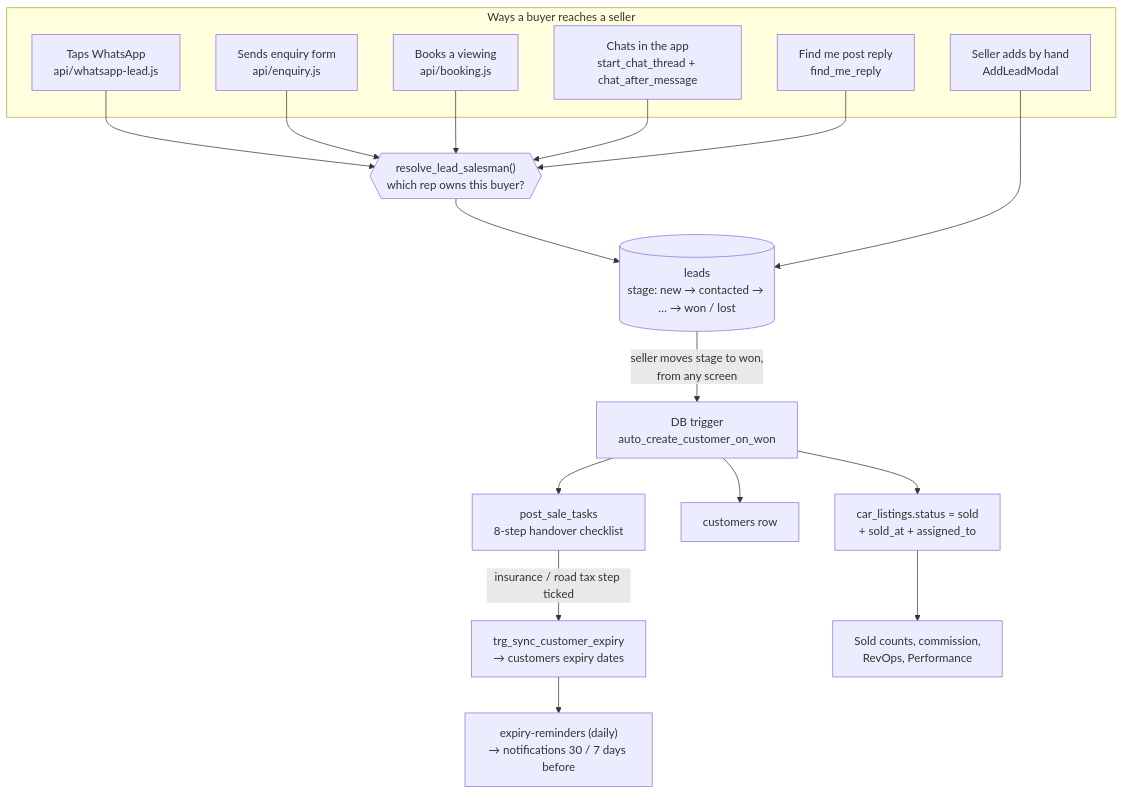
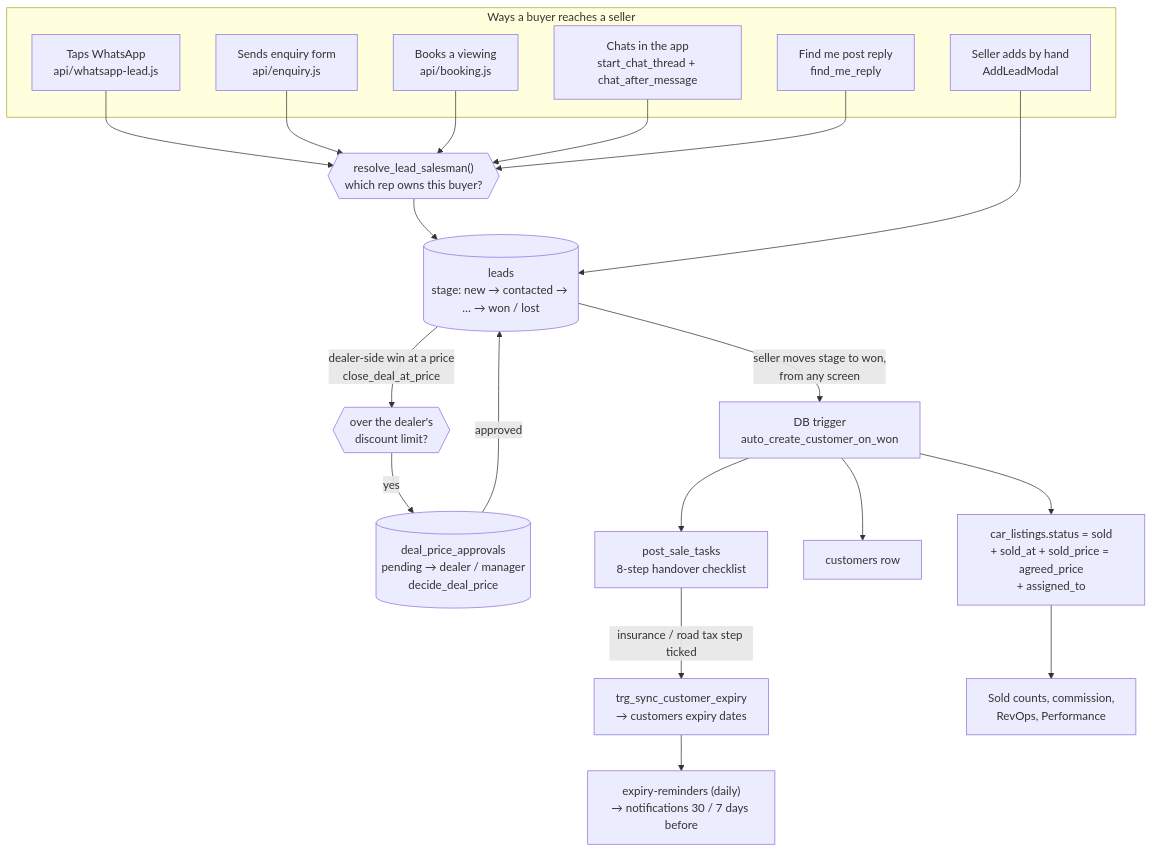
The second of 6 diagrams in docs/ARCHITECTURE.md (auzyvyth/ShiftOS), drawn with Mermaid before and after one commit. The commit also changed other lines of this file and 6 other files, not shown here.

First line of the commit message:
Deal agreed price + approval for discounts over the dealer's limit (batch 6a, migration queued)

````diff
--- a/docs/ARCHITECTURE.md
+++ b/docs/ARCHITECTURE.md
@@ -100,26 +100,29 @@
 ```mermaid
 flowchart TD
   subgraph In["Ways a buyer reaches a seller"]
     W["Taps WhatsApp<br/>api/whatsapp-lead.js"]
     E["Sends enquiry form<br/>api/enquiry.js"]
     BK["Books a viewing<br/>api/booking.js"]
     CH["Chats in the app<br/>start_chat_thread + chat_after_message"]
     FM["Find me post reply<br/>find_me_reply"]
     MAN["Seller adds by hand<br/>AddLeadModal"]
   end
 
   R{{"resolve_lead_salesman()<br/>which rep owns this buyer?"}}
   L[("leads<br/>stage: new → contacted → … → won / lost")]
 
   W & E & BK & CH & FM --> R --> L
   MAN --> L
 
+  L -->|dealer-side win at a price<br/>close_deal_at_price| G{{"over the dealer's<br/>discount limit?"}}
+  G -->|yes| PA[("deal_price_approvals<br/>pending → dealer / manager<br/>decide_deal_price")]
+  PA -->|approved| L
   L -->|seller moves stage to won,<br/>from any screen| T["DB trigger<br/>auto_create_customer_on_won"]
-  T --> S1["car_listings.status = sold<br/>+ sold_at + assigned_to"]
+  T --> S1["car_listings.status = sold<br/>+ sold_at + sold_price = agreed_price<br/>+ assigned_to"]
   T --> S2["customers row"]
   T --> S3["post_sale_tasks<br/>8-step handover checklist"]
   S3 -->|insurance / road tax step ticked| X["trg_sync_customer_expiry<br/>→ customers expiry dates"]
   X --> RM["expiry-reminders (daily)<br/>→ notifications 30 / 7 days before"]
 
   S1 --> REP["Sold counts, commission,<br/>RevOps, Performance"]
 ```
````
